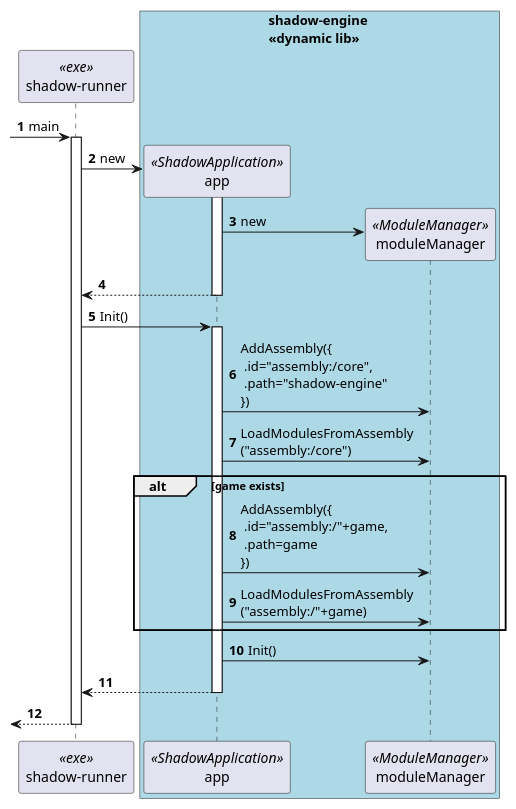
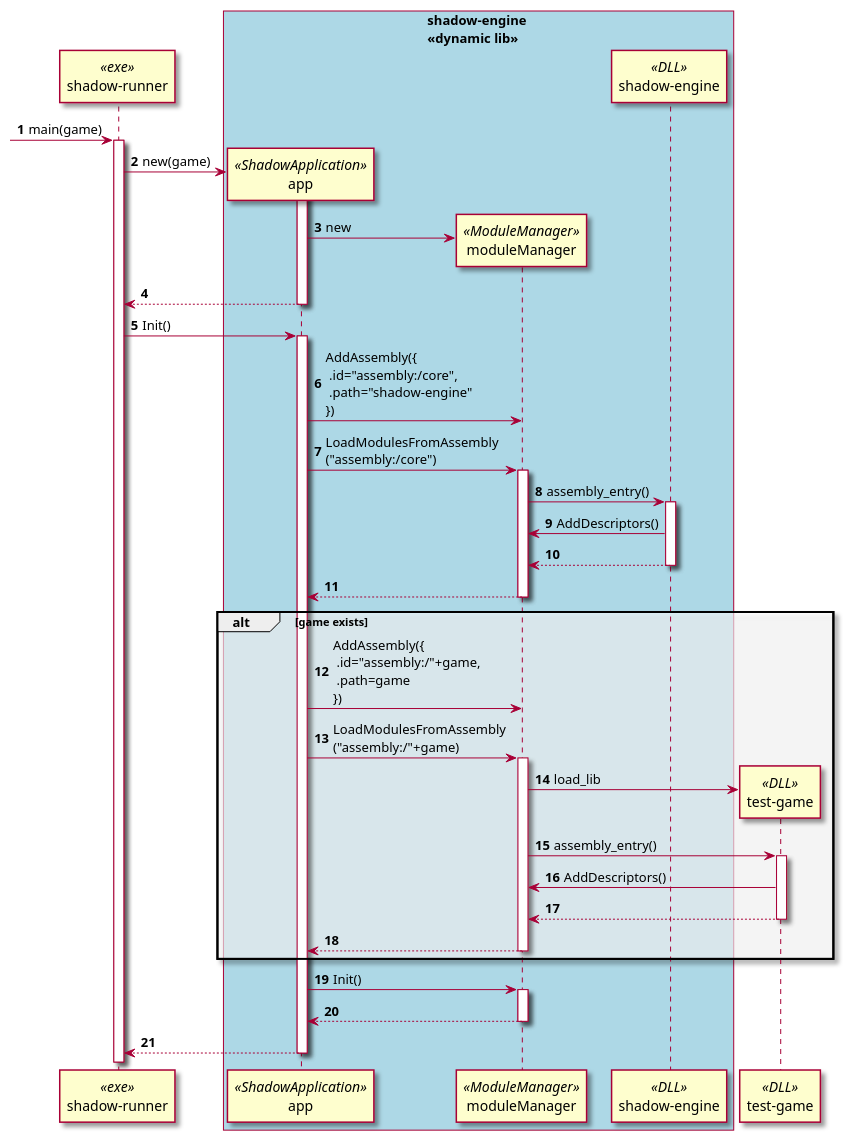
The diagram in projs/docs/publications/thesis/content/003-architecture/startup.plantuml (dpeter99/umbra), drawn with PlantUML before and after one commit. The commit also changed 12 other files, not shown here.

Commit message:
Work on the architecture section

```diff
--- a/projs/docs/publications/thesis/content/003-architecture/startup.plantuml
+++ b/projs/docs/publications/thesis/content/003-architecture/startup.plantuml
@@ -1,36 +1,57 @@
 @startuml
+skin rose
 autonumber
 'autoactivate on
+skinparam SequenceGroupBodyBackgroundColor #FFFFFF90
+skinparam Shadowing true
+
 
 participant "shadow-runner" as runner << exe >>
 
 box "shadow-engine \n<< dynamic lib >>" #LightBlue
-participant "app" as app << ShadowApplication >>
+    participant "app" as app << ShadowApplication >>
 
-participant "moduleManager" as modulemgr << ModuleManager >>
+    participant "moduleManager" as modulemgr << ModuleManager >>
+
+    participant "shadow-engine" as engineDLL << DLL >>
+end box
+
+participant "test-game" as gameDLL << DLL >>
 
 'participant "shadow-editor" as editor << exe >>
 
-[-> runner ++ : main
-create app
-runner -> app ++ : new
-    create modulemgr
-    app -> modulemgr : new
-return
+[-> runner ++ : main(game)
+    create app
+    runner -> app ++ : new(game)
+        create modulemgr
+        app -> modulemgr : new
+    return
 
 
-runner -> app ++ : Init()
-    app -> modulemgr : AddAssembly({\n .id="assembly:/core",\n .path="shadow-engine"\n})
-    app -> modulemgr : LoadModulesFromAssembly\n("assembly:/core")
+    runner -> app ++ : Init()
+        app -> modulemgr : AddAssembly({\n .id="assembly:/core",\n .path="shadow-engine"\n})
+        app -> modulemgr ++ : LoadModulesFromAssembly\n("assembly:/core")
+            modulemgr -> engineDLL ++ : assembly_entry()
+                engineDLL -> modulemgr : AddDescriptors()
+            return
+        return
 
-    alt game exists
-        app -> modulemgr : AddAssembly({\n .id="assembly:/"+game,\n .path=game\n})
-        app -> modulemgr : LoadModulesFromAssembly\n("assembly:/"+game)
-    end
+        alt game exists
+            app -> modulemgr : AddAssembly({\n .id="assembly:/"+game,\n .path=game\n})
+            app -> modulemgr ++ : LoadModulesFromAssembly\n("assembly:/"+game)
+                create gameDLL
+                modulemgr -> gameDLL : load_lib
+                modulemgr -> gameDLL ++ : assembly_entry()
+                    gameDLL -> modulemgr : AddDescriptors()
+                return    
+            return
+        end
 
-    app -> modulemgr : Init()
-return
+        app -> modulemgr ++ : Init()
+        'modulemgr -> modulemgr : SortModules()
+        return
+    return
 
-return
+'return
 
 @enduml
```
